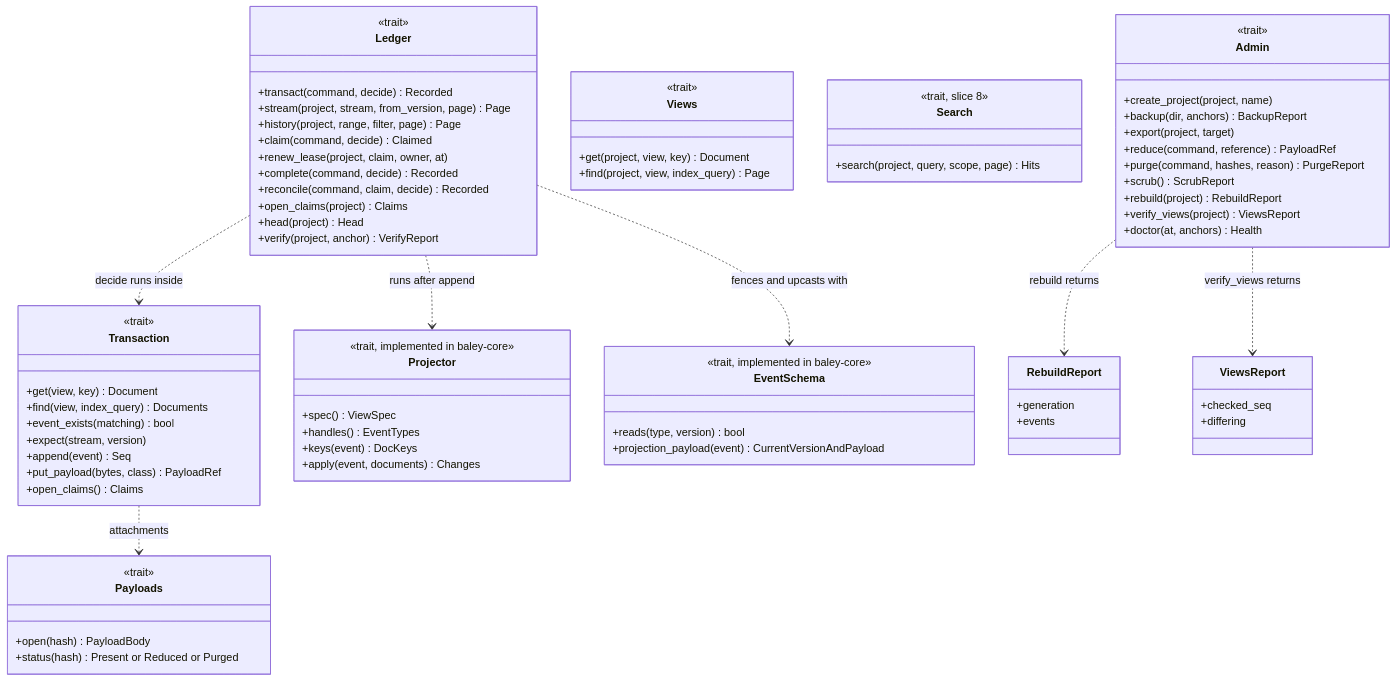
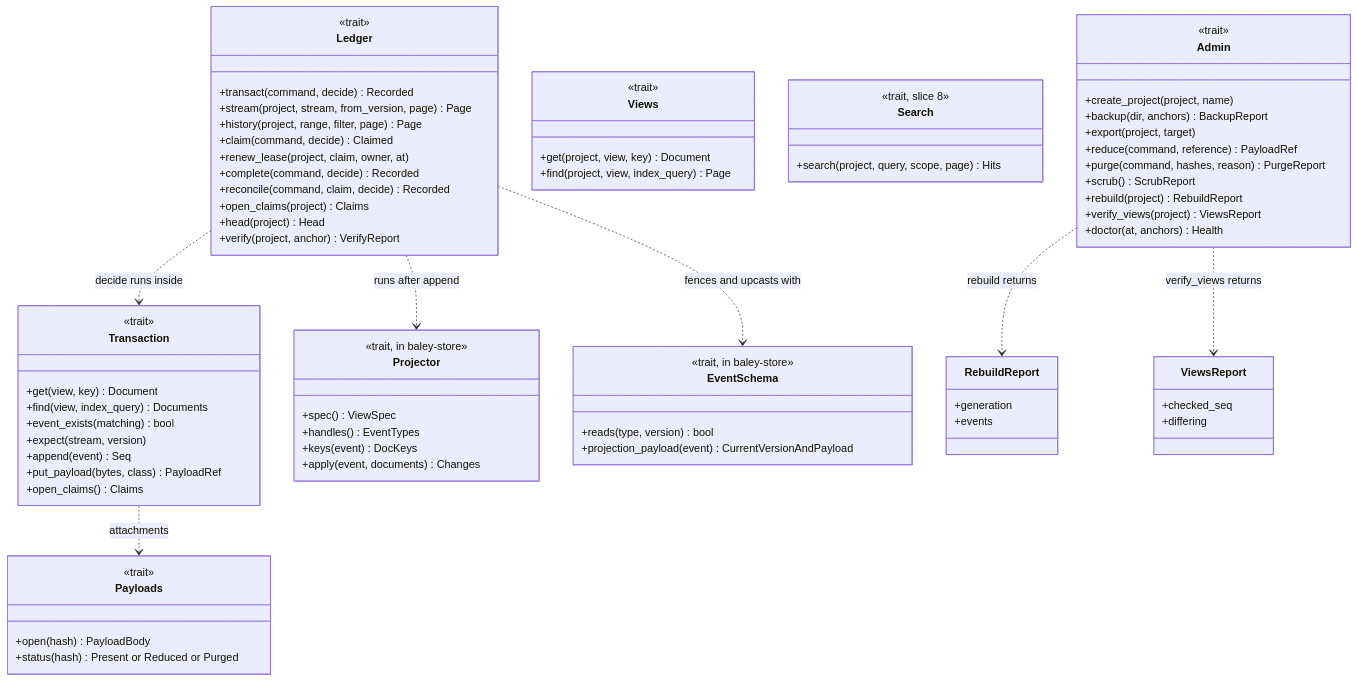
Before and after one commit to crenshawdev/baley: the fourth of 12 diagrams in docs/design/0001-evidence-ledger.md, drawn with Mermaid. The commit also changed other lines of this file and 5 other files, not shown here.

````diff
--- a/docs/design/0001-evidence-ledger.md
+++ b/docs/design/0001-evidence-ledger.md
@@ -223,78 +223,78 @@
 ```mermaid
 classDiagram
   class Ledger {
     <<trait>>
     +transact(command, decide) Recorded
     +stream(project, stream, from_version, page) Page
     +history(project, range, filter, page) Page
     +claim(command, decide) Claimed
     +renew_lease(project, claim, owner, at)
     +complete(command, decide) Recorded
     +reconcile(command, claim, decide) Recorded
     +open_claims(project) Claims
     +head(project) Head
     +verify(project, anchor) VerifyReport
   }
   class Transaction {
     <<trait>>
     +get(view, key) Document
     +find(view, index_query) Documents
     +event_exists(matching) bool
     +expect(stream, version)
     +append(event) Seq
     +put_payload(bytes, class) PayloadRef
     +open_claims() Claims
   }
   class Views {
     <<trait>>
     +get(project, view, key) Document
     +find(project, view, index_query) Page
   }
   class Payloads {
     <<trait>>
     +open(hash) PayloadBody
     +status(hash) Present or Reduced or Purged
   }
   class Search {
     <<trait, slice 8>>
     +search(project, query, scope, page) Hits
   }
   class Admin {
     <<trait>>
     +create_project(project, name)
     +backup(dir, anchors) BackupReport
     +export(project, target)
     +reduce(command, reference) PayloadRef
     +purge(command, hashes, reason) PurgeReport
     +scrub() ScrubReport
     +rebuild(project) RebuildReport
     +verify_views(project) ViewsReport
     +doctor(at, anchors) Health
   }
   class Projector {
-    <<trait, implemented in baley-core>>
+    <<trait, in baley-store>>
     +spec() ViewSpec
     +handles() EventTypes
     +keys(event) DocKeys
     +apply(event, documents) Changes
   }
   class EventSchema {
-    <<trait, implemented in baley-core>>
+    <<trait, in baley-store>>
     +reads(type, version) bool
     +projection_payload(event) CurrentVersionAndPayload
   }
   class RebuildReport {
     +generation
     +events
   }
   class ViewsReport {
     +checked_seq
     +differing
   }
   Ledger ..> Transaction : decide runs inside
   Ledger ..> Projector : runs after append
   Ledger ..> EventSchema : fences and upcasts with
   Transaction ..> Payloads : attachments
   Admin ..> RebuildReport : rebuild returns
   Admin ..> ViewsReport : verify_views returns
 ```
````
